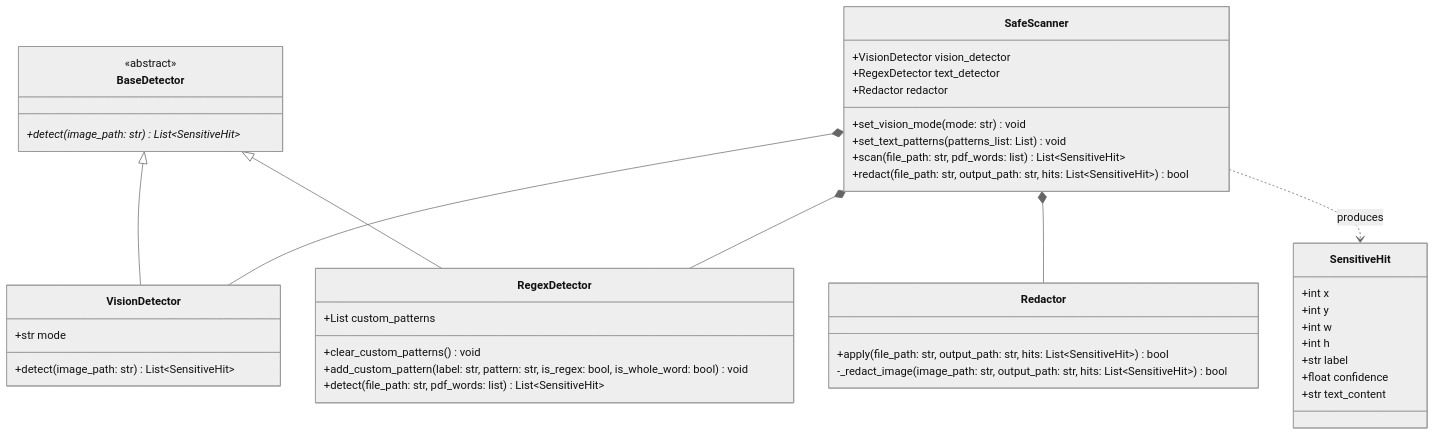
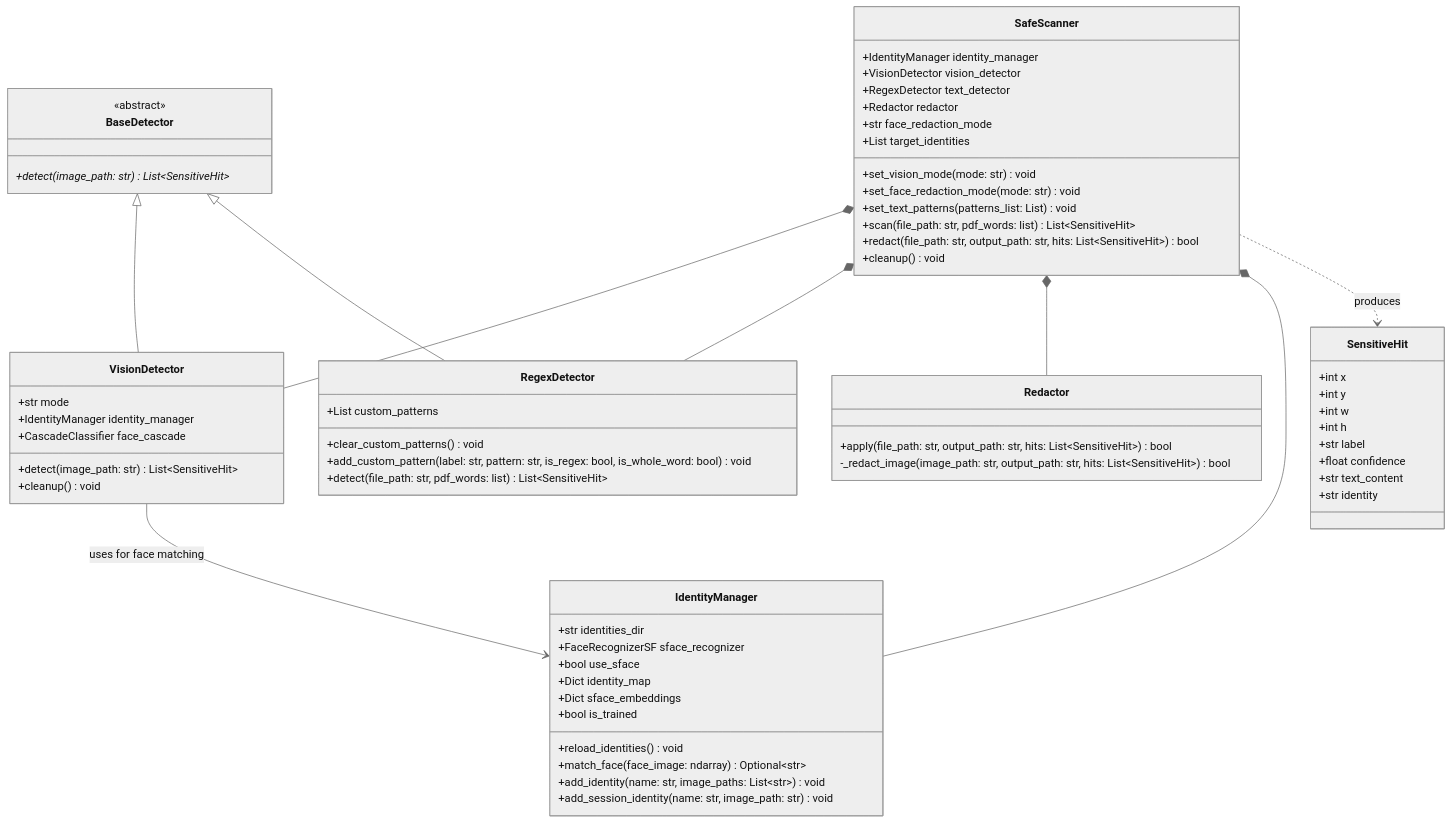
One commit to FurqanHun/SafeMARC changed the first of 3 diagrams in docs/architecture/uml_classes.md. Above: the diagram before and after it, drawn with Mermaid (neutral theme). The commit also changed other lines of this file and 2 other files, not shown here.

First line of the commit message:
docs: update architecture diagrams with identity system

````diff
--- a/docs/architecture/uml_classes.md
+++ b/docs/architecture/uml_classes.md
@@ -7,53 +7,77 @@
 ```mermaid
 classDiagram
     direction TB
     
     class BaseDetector {
         <<abstract>>
         +detect(image_path: str)* List~SensitiveHit~
     }
     
     class VisionDetector {
         +str mode
+        +IdentityManager identity_manager
+        +CascadeClassifier face_cascade
         +detect(image_path: str) List~SensitiveHit~
+        +cleanup() void
     }
     
     class RegexDetector {
         +List custom_patterns
         +clear_custom_patterns() void
         +add_custom_pattern(label: str, pattern: str, is_regex: bool, is_whole_word: bool) void
         +detect(file_path: str, pdf_words: list) List~SensitiveHit~
     }
     
     class SafeScanner {
+        +IdentityManager identity_manager
         +VisionDetector vision_detector
         +RegexDetector text_detector
         +Redactor redactor
+        +str face_redaction_mode
+        +List target_identities
         +set_vision_mode(mode: str) void
+        +set_face_redaction_mode(mode: str) void
         +set_text_patterns(patterns_list: List) void
         +scan(file_path: str, pdf_words: list) List~SensitiveHit~
         +redact(file_path: str, output_path: str, hits: List~SensitiveHit~) bool
+        +cleanup() void
     }
 
     class Redactor {
         +apply(file_path: str, output_path: str, hits: List~SensitiveHit~) bool
         -_redact_image(image_path: str, output_path: str, hits: List~SensitiveHit~) bool
     }
 
     class SensitiveHit {
         +int x
         +int y
         +int w
         +int h
         +str label
         +float confidence
         +str text_content
+        +str identity
+    }
+
+    class IdentityManager {
+        +str identities_dir
+        +FaceRecognizerSF sface_recognizer
+        +bool use_sface
+        +Dict identity_map
+        +Dict sface_embeddings
+        +bool is_trained
+        +reload_identities() void
+        +match_face(face_image: ndarray) Optional~str~
+        +add_identity(name: str, image_paths: List~str~) void
+        +add_session_identity(name: str, image_path: str) void
     }
 
     BaseDetector <|-- VisionDetector
     BaseDetector <|-- RegexDetector
     SafeScanner *-- VisionDetector
     SafeScanner *-- RegexDetector
     SafeScanner *-- Redactor
+    SafeScanner *-- IdentityManager
+    VisionDetector --> IdentityManager : uses for face matching
     SafeScanner ..> SensitiveHit : produces
 ```
````
